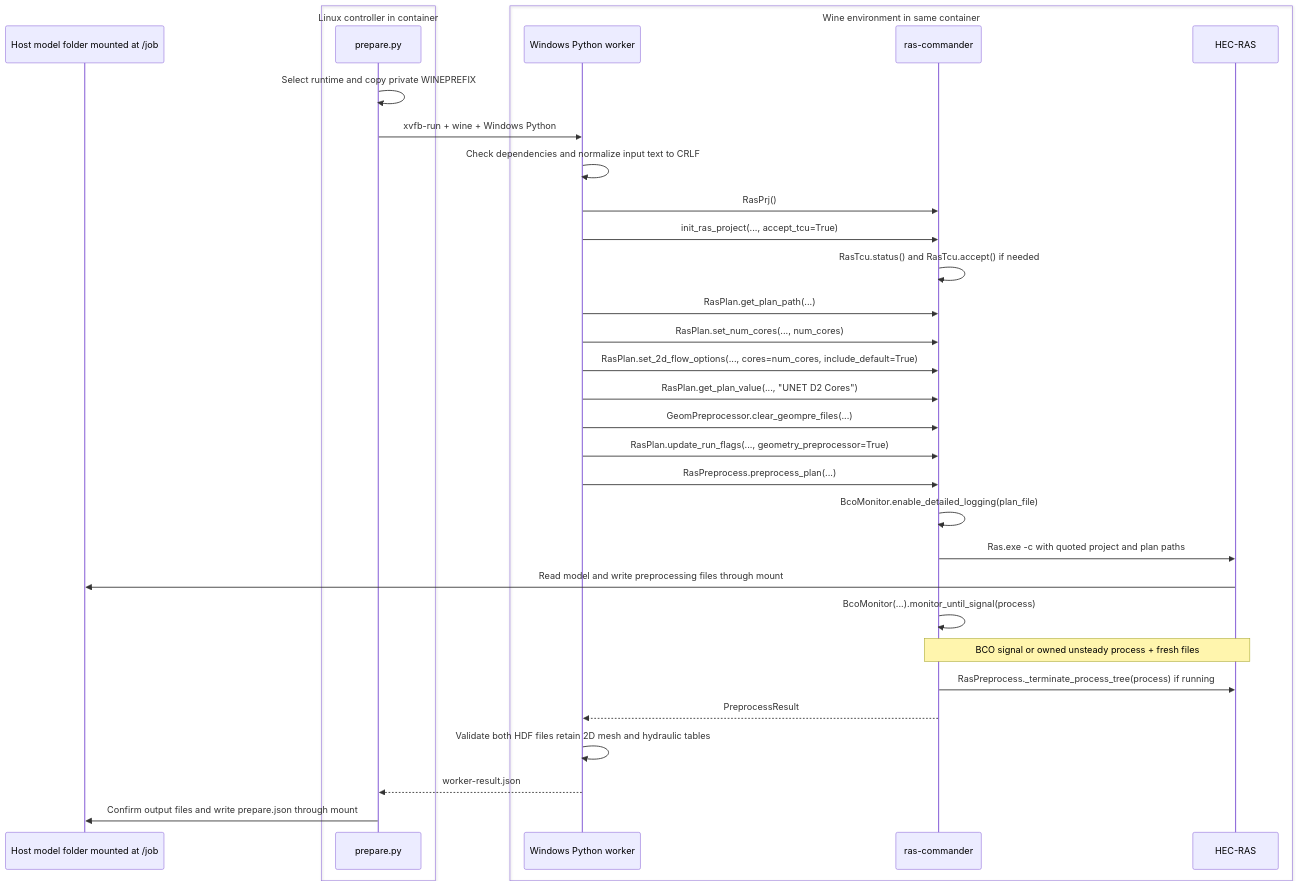
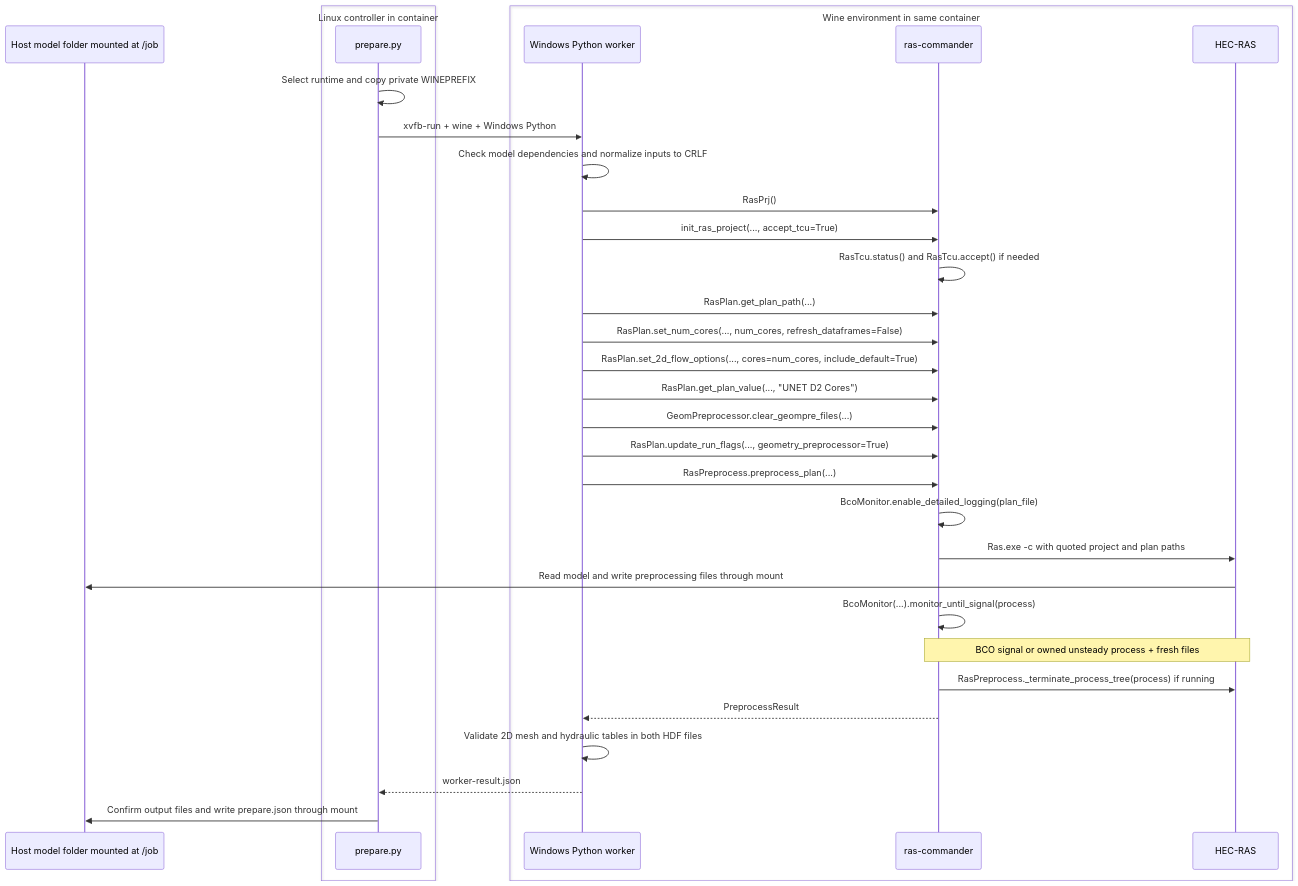
One commit to andycarter-pe/ras2fim-2d changed the diagram in containers/hecras-prepare/ras-commander-call-sequence.mmd. Above: the diagram before and after it, drawn with Mermaid. The commit also changed 11 other files, not shown here.

```diff
--- a/containers/hecras-prepare/ras-commander-call-sequence.mmd
+++ b/containers/hecras-prepare/ras-commander-call-sequence.mmd
@@ -1,33 +1,33 @@
 sequenceDiagram
     participant Host as Host model folder mounted at /job
     box Linux controller in container
         participant L as prepare.py
     end
     box Wine environment in same container
         participant W as Windows Python worker
         participant C as ras-commander
         participant H as HEC-RAS
     end
     L->>L: Select runtime and copy private WINEPREFIX
     L->>W: xvfb-run + wine + Windows Python
-    W->>W: Check dependencies and normalize input text to CRLF
+    W->>W: Check model dependencies and normalize inputs to CRLF
     W->>C: RasPrj()
     W->>C: init_ras_project(..., accept_tcu=True)
     C->>C: RasTcu.status() and RasTcu.accept() if needed
     W->>C: RasPlan.get_plan_path(...)
-    W->>C: RasPlan.set_num_cores(..., num_cores)
+    W->>C: RasPlan.set_num_cores(..., num_cores, refresh_dataframes=False)
     W->>C: RasPlan.set_2d_flow_options(..., cores=num_cores, include_default=True)
     W->>C: RasPlan.get_plan_value(..., "UNET D2 Cores")
     W->>C: GeomPreprocessor.clear_geompre_files(...)
     W->>C: RasPlan.update_run_flags(..., geometry_preprocessor=True)
     W->>C: RasPreprocess.preprocess_plan(...)
     C->>C: BcoMonitor.enable_detailed_logging(plan_file)
     C->>H: Ras.exe -c with quoted project and plan paths
     H->>Host: Read model and write preprocessing files through mount
     C->>C: BcoMonitor(...).monitor_until_signal(process)
     Note over C,H: BCO signal or owned unsteady process + fresh files
     C->>H: RasPreprocess._terminate_process_tree(process) if running
     C-->>W: PreprocessResult
-    W->>W: Validate both HDF files retain 2D mesh and hydraulic tables
+    W->>W: Validate 2D mesh and hydraulic tables in both HDF files
     W-->>L: worker-result.json
     L->>Host: Confirm output files and write prepare.json through mount
```
